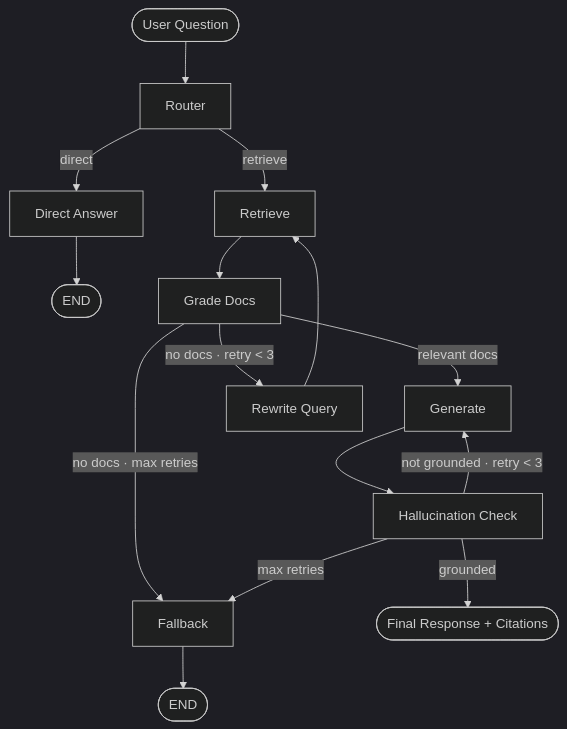
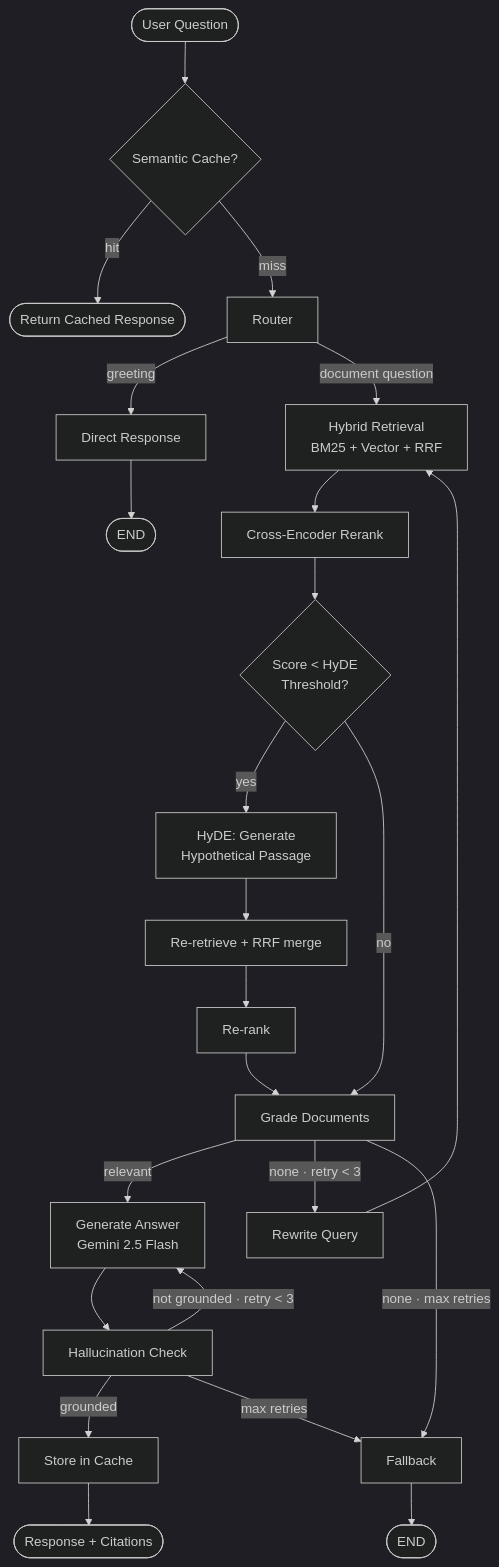
The first of 2 diagrams in README.md (robayedl/DocuMind), drawn with Mermaid (dark theme) before and after one commit. The commit also changed other lines of this file and 22 other files, not shown here.

````diff
--- a/README.md
+++ b/README.md
@@ -40,24 +54,33 @@
 ```mermaid
 flowchart TD
-    Q([User Question]) --> R[Router]
+    Q([User Question]) --> SC{Semantic Cache?}
 
-    R -->|direct| DA[Direct Answer]
+    SC -->|hit| CR([Return Cached Response])
+    SC -->|miss| RT[Router]
+
+    RT -->|greeting| DA[Direct Response]
     DA --> E1([END])
 
-    R -->|retrieve| RET[Retrieve]
-    RET --> GD[Grade Docs]
+    RT -->|document question| RET[Hybrid Retrieval\nBM25 + Vector + RRF]
+    RET --> RR[Cross-Encoder Rerank]
+    RR --> HY{Score < HyDE\nThreshold?}
 
-    GD -->|relevant docs| GEN[Generate]
-    GD -->|no docs · retry < 3| RW[Rewrite Query]
-    GD -->|no docs · max retries| FB[Fallback]
+    HY -->|yes| HD[HyDE: Generate\nHypothetical Passage]
+    HD --> RE2[Re-retrieve + RRF merge]
+    RE2 --> RR2[Re-rank]
+    RR2 --> GD
 
+    HY -->|no| GD[Grade Documents]
+
+    GD -->|relevant| GEN[Generate Answer\nGemini 2.5 Flash]
+    GD -->|none · retry < 3| RW[Rewrite Query]
+    GD -->|none · max retries| FB[Fallback]
     RW --> RET
 
     GEN --> HC[Hallucination Check]
-
-    HC -->|grounded| RESP([Final Response + Citations])
+    HC -->|grounded| STORE[Store in Cache]
+    STORE --> RESP([Response + Citations])
     HC -->|not grounded · retry < 3| GEN
     HC -->|max retries| FB
-
     FB --> E2([END])
 ```
````
